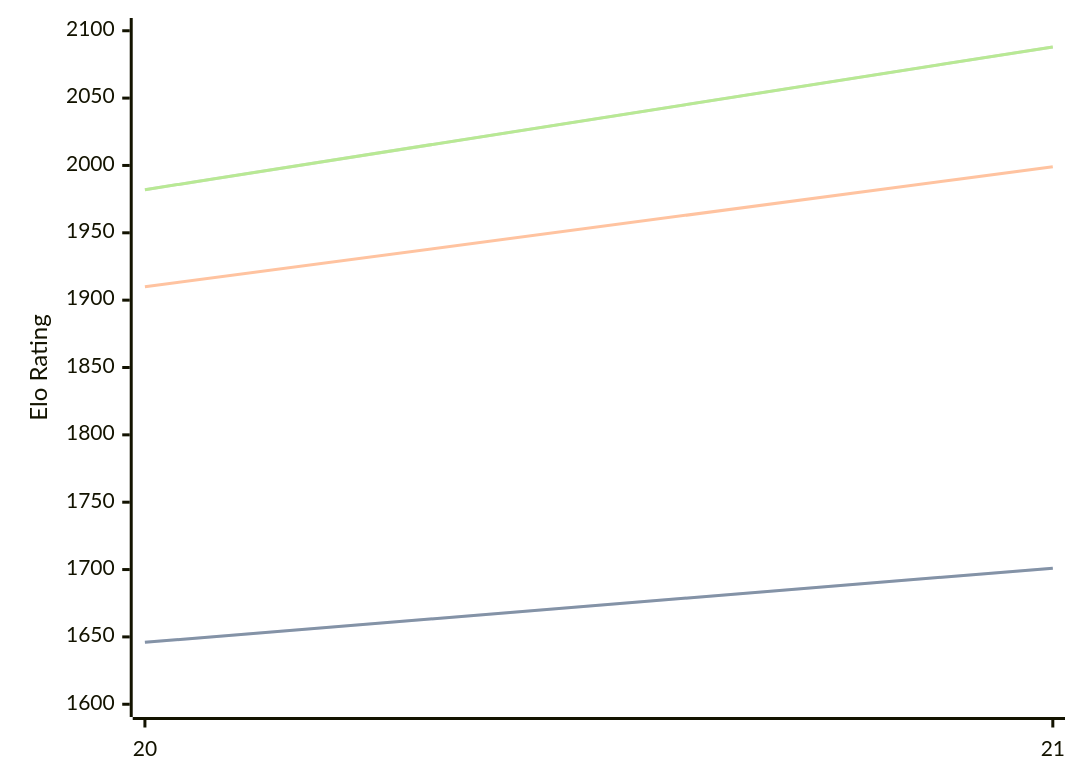
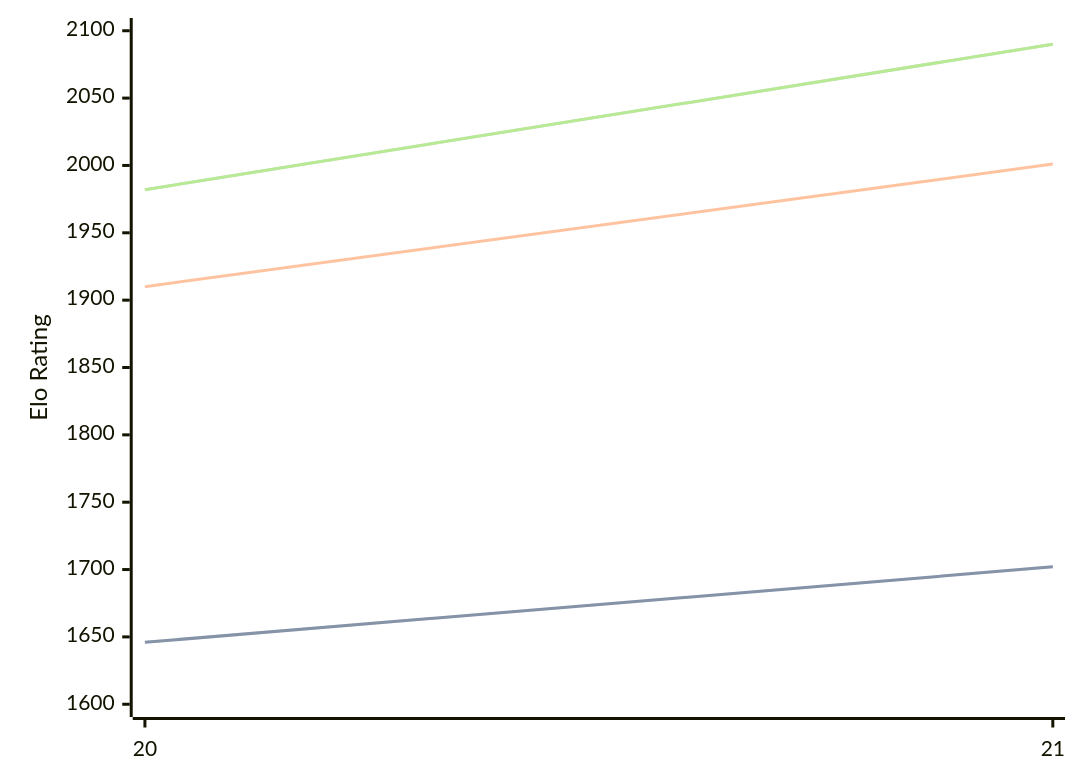
One commit to computer-chess-index/cci changed the diagram in engines/PurplePanda.md. Above: the diagram before and after it, drawn with Mermaid. The commit also changed other lines of this file, not shown here.

Commit message:
Update CCI Ratings (ELO VLTC) - 2026-08-27

````diff
--- a/engines/PurplePanda.md
+++ b/engines/PurplePanda.md
@@ -32,11 +32,11 @@
 ```mermaid
 %%{init: {"theme":"base","themeVariables":{"seriesColors:['#a3a3a3','#222221','#faa371']}}}%%
 xychart-beta
   x-axis ["20", "21"]
   y-axis "Elo Rating" 1600 --> 2100
-  line "STC (8.0+0.08s)" [1646, 1701]
-  line "STC (8.0+0.08s)" [1646, 1701]
-  line "LTC (60.0+0.60s)" [1910, 1999]
-  line "VLTC (2m24s+1.12s)" [1982, 2088]
-  line "VLTC (2m24s+1.12s)" [1982, 2088]
+  line "STC (8.0+0.08s)" [1646, 1702]
+  line "STC (8.0+0.08s)" [1646, 1702]
+  line "LTC (60.0+0.60s)" [1910, 2001]
+  line "VLTC (2m24s+1.12s)" [1982, 2090]
+  line "VLTC (2m24s+1.12s)" [1982, 2090]
 ```
````
